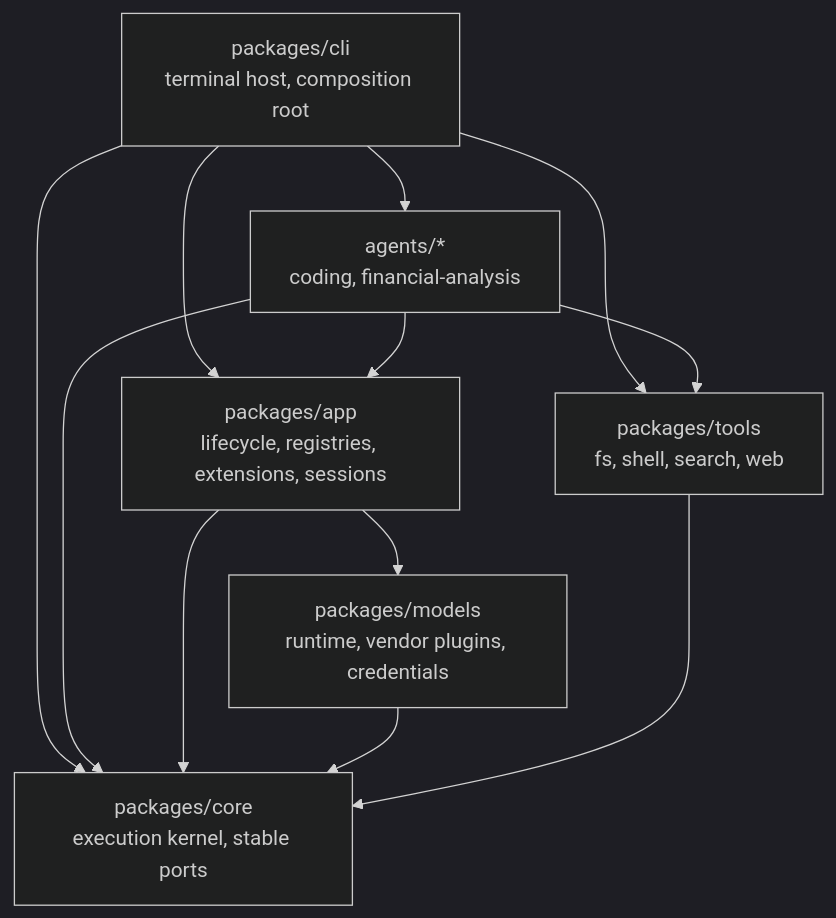
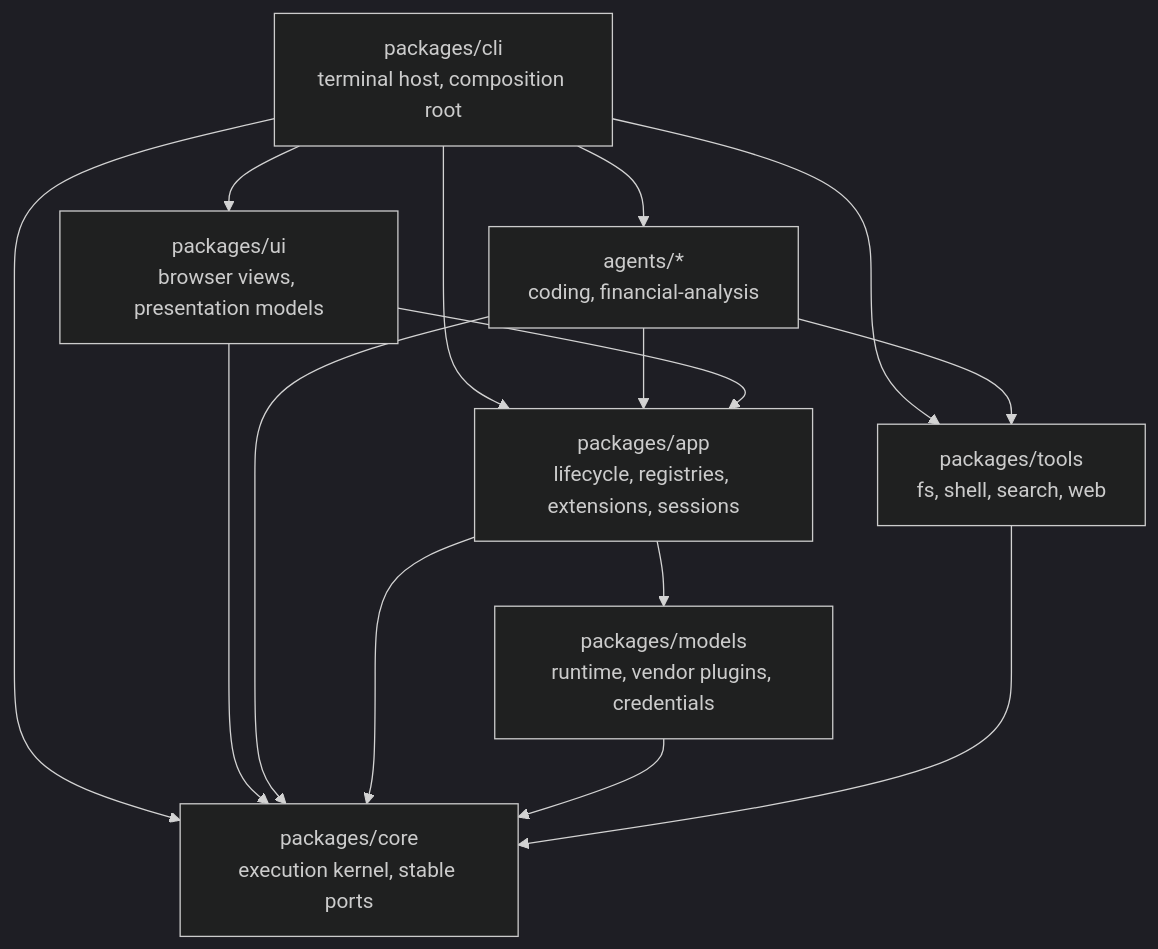
One commit to xdnloveme/omni-agent changed the diagram in README.md. Above: the diagram before and after it, drawn with Mermaid (dark theme). The commit also changed other lines of this file and 52 other files, not shown here.

````diff
--- a/README.md
+++ b/README.md
@@ -489,21 +491,25 @@
 ```mermaid
 graph TD
     CLI["packages/cli<br/>terminal host, composition root"]
     AGENTS["agents/*<br/>coding, financial-analysis"]
     APP["packages/app<br/>lifecycle, registries, extensions, sessions"]
     MODELS["packages/models<br/>runtime, vendor plugins, credentials"]
     TOOLS["packages/tools<br/>fs, shell, search, web"]
+    UI["packages/ui<br/>browser views, presentation models"]
     CORE["packages/core<br/>execution kernel, stable ports"]
 
     CLI --> AGENTS
     CLI --> APP
     CLI --> TOOLS
+    CLI --> UI
     CLI --> CORE
     AGENTS --> APP
     AGENTS --> TOOLS
+    UI --> APP
+    UI --> CORE
     AGENTS --> CORE
     APP --> MODELS
     APP --> CORE
     MODELS --> CORE
     TOOLS --> CORE
 ```
````
